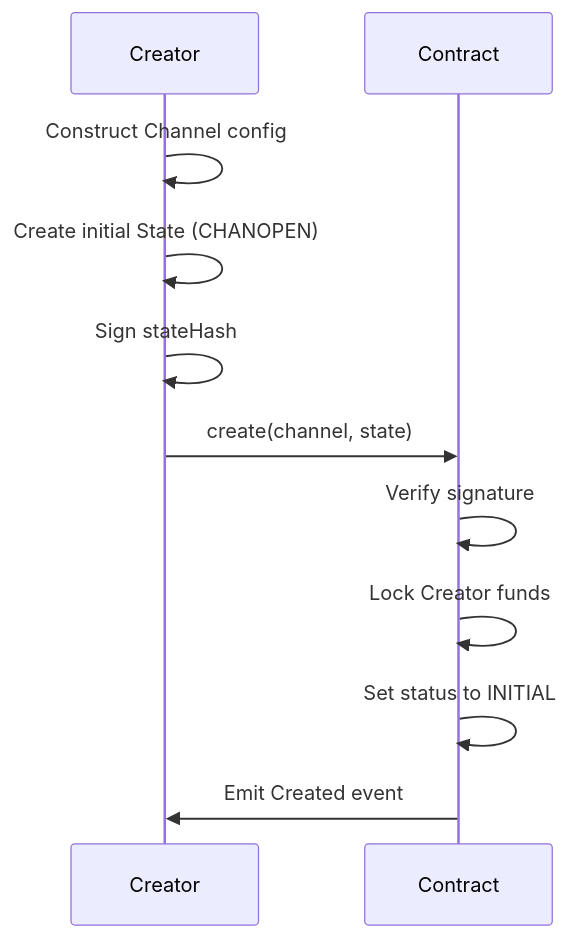
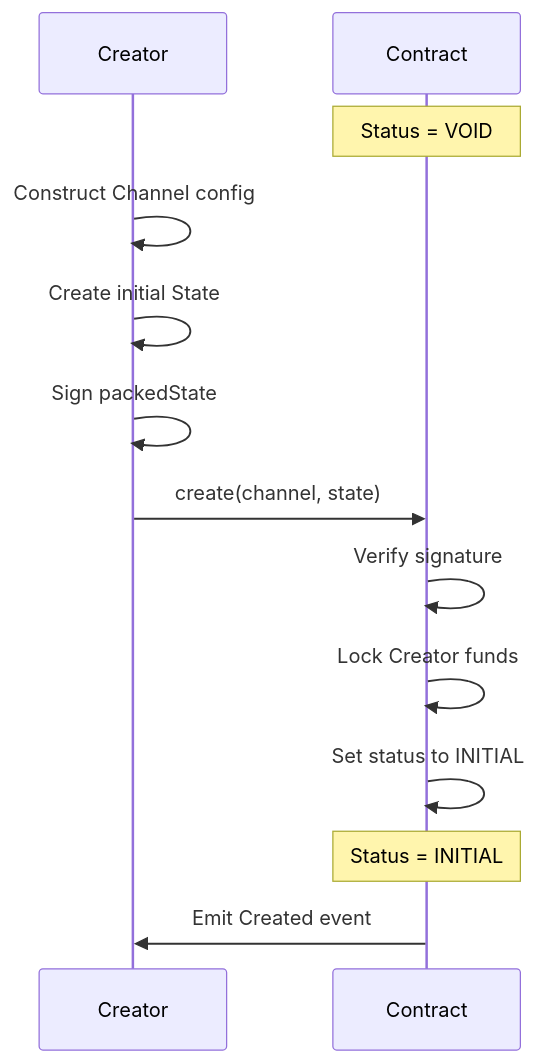
The second of 10 diagrams in docs/protocol/on-chain/channel-lifecycle.mdx (layer-3/docs), drawn with Mermaid before and after one commit. The commit also changed other lines of this file and 3 other files, not shown here.

````diff
--- a/docs/protocol/on-chain/channel-lifecycle.mdx
+++ b/docs/protocol/on-chain/channel-lifecycle.mdx
@@ -32,14 +63,16 @@
 ```mermaid
 sequenceDiagram
     participant Creator
     participant Contract
     
+    Note over Contract: Status = VOID
     Creator->>Creator: Construct Channel config
-    Creator->>Creator: Create initial State (CHANOPEN)
-    Creator->>Creator: Sign stateHash
+    Creator->>Creator: Create initial State
+    Creator->>Creator: Sign packedState
     Creator->>Contract: create(channel, state)
     Contract->>Contract: Verify signature
     Contract->>Contract: Lock Creator funds
     Contract->>Contract: Set status to INITIAL
+    Note over Contract: Status = INITIAL
     Contract->>Creator: Emit Created event
 ```
````
